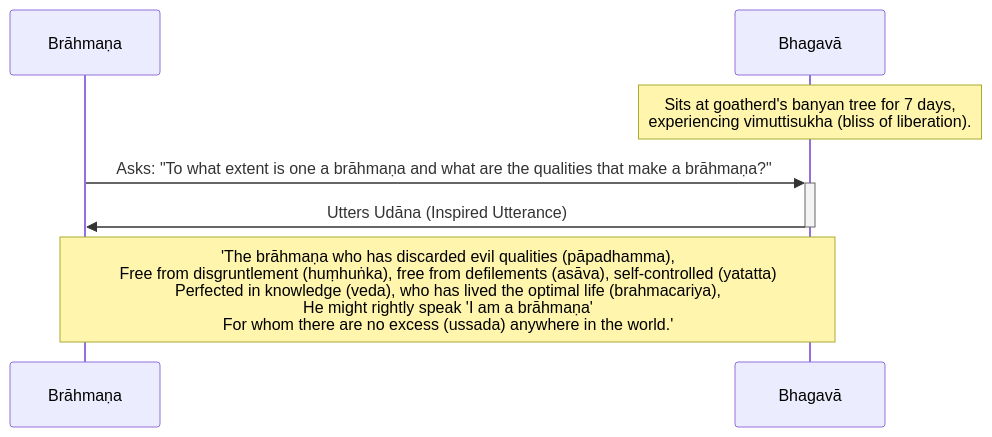
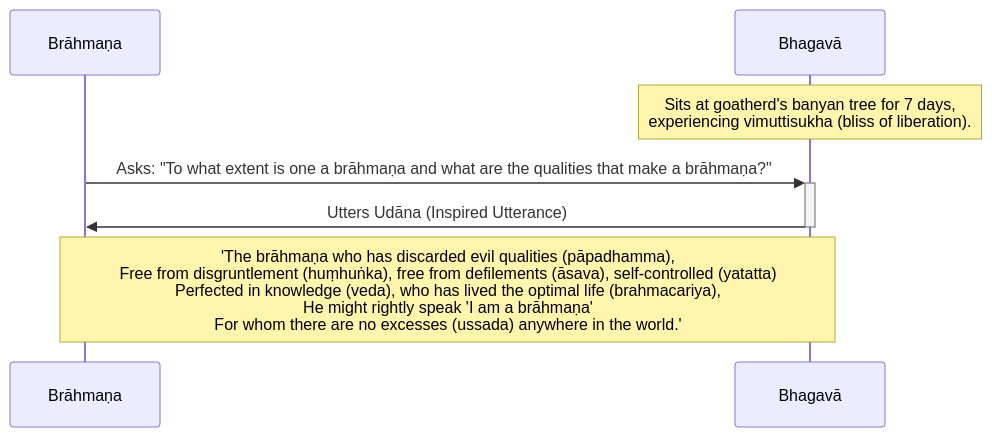
Before and after one commit to tidipa/tidipa.github.io: the diagram in src/content/docs/khandhaka/1-2.mdx, drawn with Mermaid. The commit also changed other lines of this file and 48 other files, not shown here.

````diff
--- a/src/content/docs/khandhaka/1-2.mdx
+++ b/src/content/docs/khandhaka/1-2.mdx
@@ -29,13 +29,13 @@
 ```mermaid
 sequenceDiagram
     participant Br as Brāhmaṇa
     participant Bg as Bhagavā
 
     Note over Bg: Sits at goatherd's banyan tree for 7 days,<br>experiencing vimuttisukha (bliss of liberation).
 
     Br->>+Bg: Asks: "To what extent is one a brāhmaṇa and what are the qualities that make a brāhmaṇa?"
 
     Bg->>-Br: Utters Udāna (Inspired Utterance)
 
-    Note over Br,Bg: 'The brāhmaṇa who has discarded evil qualities (pāpadhamma), <br>Free from disgruntlement (huṃhuṅka), free from defilements (asāva), self-controlled (yatatta) <br> Perfected in knowledge (veda), who has lived the optimal life (brahmacariya),<br>He might rightly speak 'I am a brāhmaṇa' <br>For whom there are no excess (ussada) anywhere in the world.'
+    Note over Br,Bg: 'The brāhmaṇa who has discarded evil qualities (pāpadhamma), <br>Free from disgruntlement (huṃhuṅka), free from defilements (āsava), self-controlled (yatatta) <br> Perfected in knowledge (veda), who has lived the optimal life (brahmacariya),<br>He might rightly speak 'I am a brāhmaṇa' <br>For whom there are no excesses (ussada) anywhere in the world.'
 ```
````
